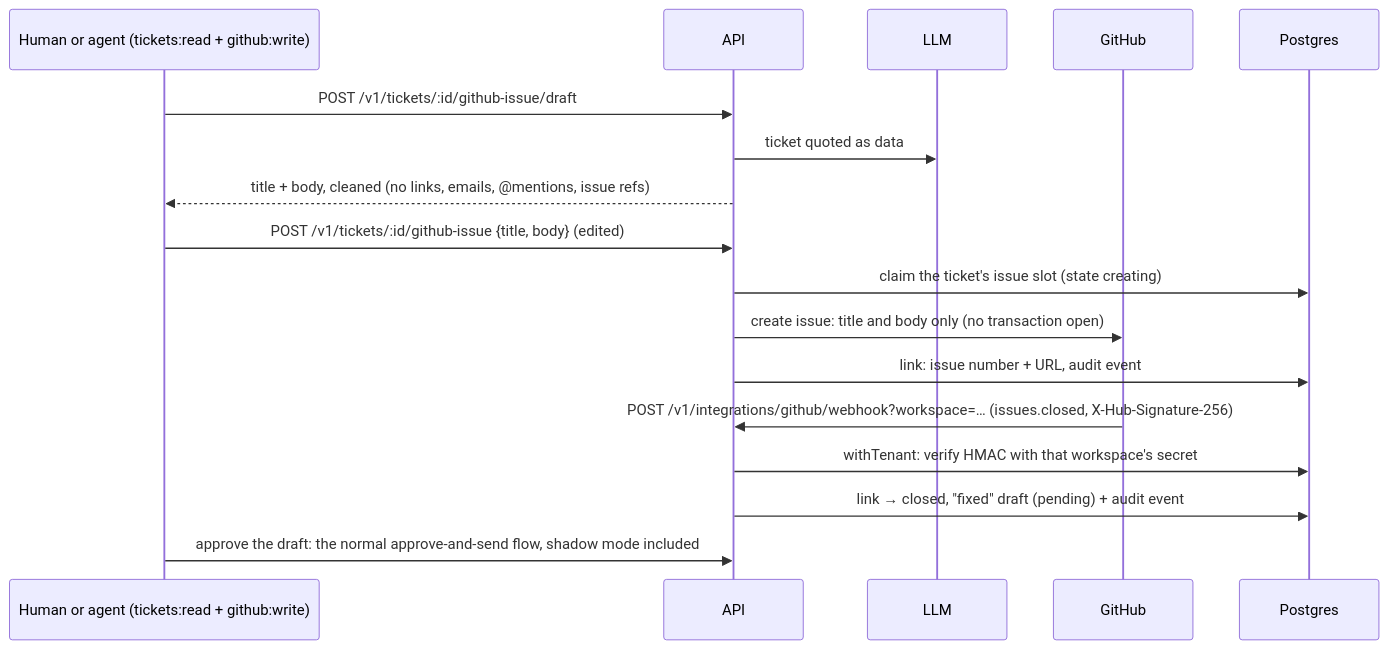
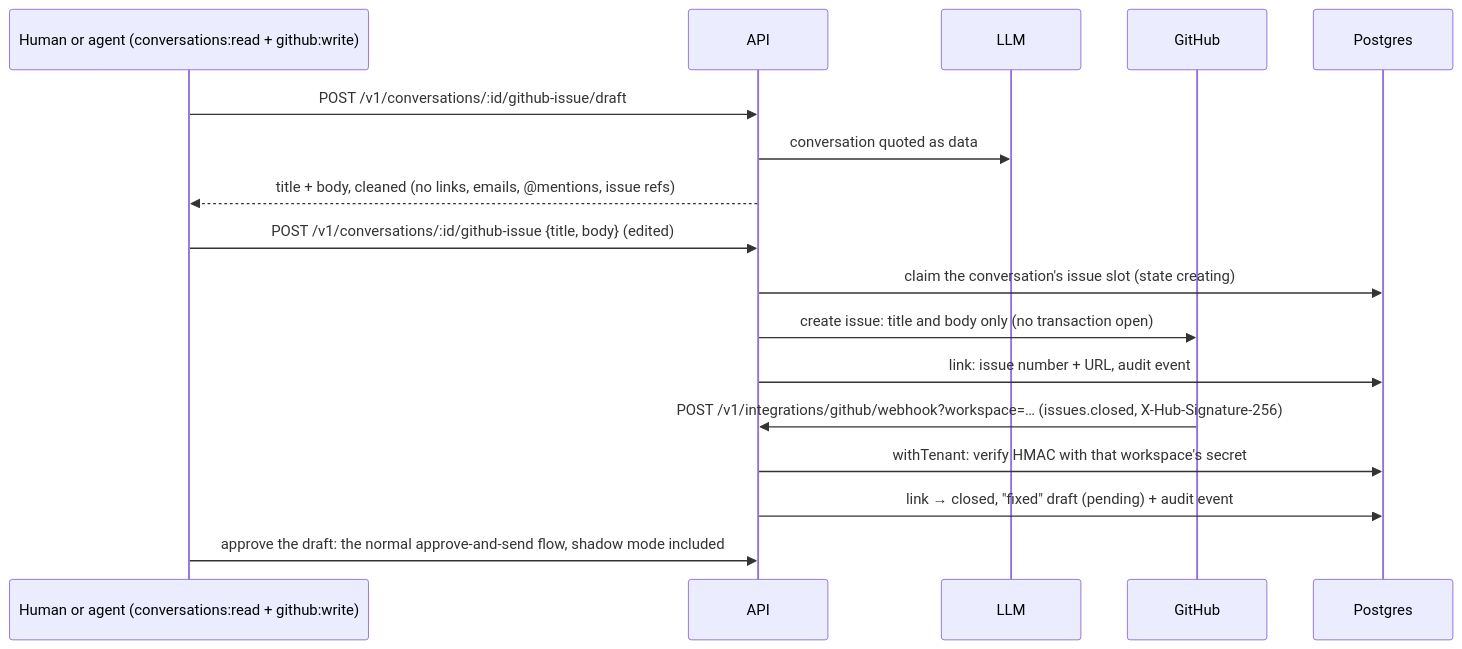
One commit to bsteps/helpos changed the third of 3 diagrams in docs/architecture/overview.md. Above: the diagram before and after it, drawn with Mermaid. The commit also changed other lines of this file and 120 other files, not shown here.

First line of the commit message:
refactor!: rename tickets to conversations across API, scopes, schema and dashboard (#192)

````diff
--- a/docs/architecture/overview.md
+++ b/docs/architecture/overview.md
@@ -93,20 +93,20 @@
 ```mermaid
 sequenceDiagram
-  participant H as Human or agent (tickets:read + github:write)
+  participant H as Human or agent (conversations:read + github:write)
   participant S as API
   participant L as LLM
   participant G as GitHub
   participant DB as Postgres
 
-  H->>S: POST /v1/tickets/:id/github-issue/draft
-  S->>L: ticket quoted as data
+  H->>S: POST /v1/conversations/:id/github-issue/draft
+  S->>L: conversation quoted as data
   S-->>H: title + body, cleaned (no links, emails, @mentions, issue refs)
-  H->>S: POST /v1/tickets/:id/github-issue {title, body} (edited)
-  S->>DB: claim the ticket's issue slot (state creating)
+  H->>S: POST /v1/conversations/:id/github-issue {title, body} (edited)
+  S->>DB: claim the conversation's issue slot (state creating)
   S->>G: create issue: title and body only (no transaction open)
   S->>DB: link: issue number + URL, audit event
   G->>S: POST /v1/integrations/github/webhook?workspace=… (issues.closed, X-Hub-Signature-256)
   S->>DB: withTenant: verify HMAC with that workspace's secret
   S->>DB: link → closed, "fixed" draft (pending) + audit event
   H->>S: approve the draft: the normal approve-and-send flow, shadow mode included
 ```
````
